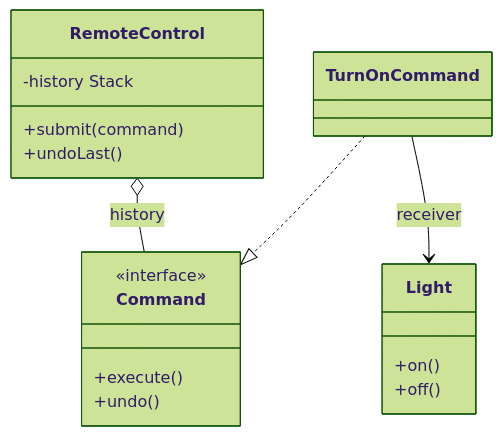
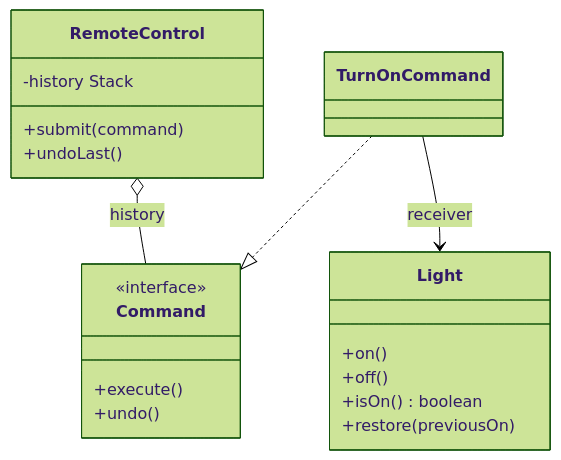
Diagram 26 of 33 in Note/DesignPattern设计模式学习/23种设计模式精讲.md (pvisanhash/toStudyCode), drawn with Mermaid (forest theme) before and after one commit. The commit also changed other lines of this file and 9 other files, not shown here.

````diff
--- a/Note/DesignPattern设计模式学习/23种设计模式精讲.md
+++ b/Note/DesignPattern设计模式学习/23种设计模式精讲.md
@@ -2308,22 +2445,24 @@
 ```mermaid
 classDiagram
     class Command {
         <<interface>>
         +execute()
         +undo()
     }
     class TurnOnCommand
     class Light {
         +on()
         +off()
+        +isOn() boolean
+        +restore(previousOn)
     }
     class RemoteControl {
         -history Stack
         +submit(command)
         +undoLast()
     }
 
     TurnOnCommand ..|> Command
     TurnOnCommand --> Light : receiver
     RemoteControl o-- Command : history
 ```
````
